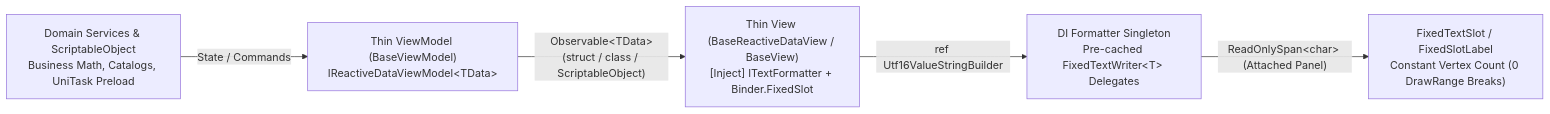
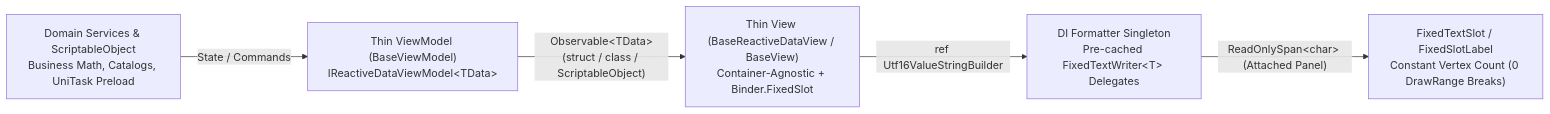
Before and after one commit to ReenBo/SUIF: the diagram in Documentation~/DTO_Standard_And_ZeroAlloc_UI.md, drawn with Mermaid. The commit also changed other lines of this file and 3 other files, not shown here.

Commit message:
docs(suif): document container-agnostic Views and ViewModel.Formatter pass-through

````diff
--- a/Documentation~/DTO_Standard_And_ZeroAlloc_UI.md
+++ b/Documentation~/DTO_Standard_And_ZeroAlloc_UI.md
@@ -22,7 +22,7 @@
 ```mermaid
 flowchart LR
     Svc["Domain Services & ScriptableObject<br/>Business Math, Catalogs, UniTask Preload"] -->|"State / Commands"| VM["Thin ViewModel (BaseViewModel)<br/>IReactiveDataViewModel&lt;TData&gt;"]
-    VM -->|"Observable&lt;TData&gt;<br/>(struct / class / ScriptableObject)"| View["Thin View (BaseReactiveDataView / BaseView)<br/>[Inject] ITextFormatter + Binder.FixedSlot"]
+    VM -->|"Observable&lt;TData&gt;<br/>(struct / class / ScriptableObject)"| View["Thin View (BaseReactiveDataView / BaseView)<br/>Container-Agnostic + Binder.FixedSlot"]
     View -->|"ref Utf16ValueStringBuilder"| Fmt["DI Formatter Singleton<br/>Pre-cached FixedTextWriter&lt;T&gt; Delegates"]
     Fmt -->|"ReadOnlySpan&lt;char&gt; (Attached Panel)"| Slot["FixedTextSlot / FixedSlotLabel<br/>Constant Vertex Count (0 DrawRange Breaks)"]
 ```
````
